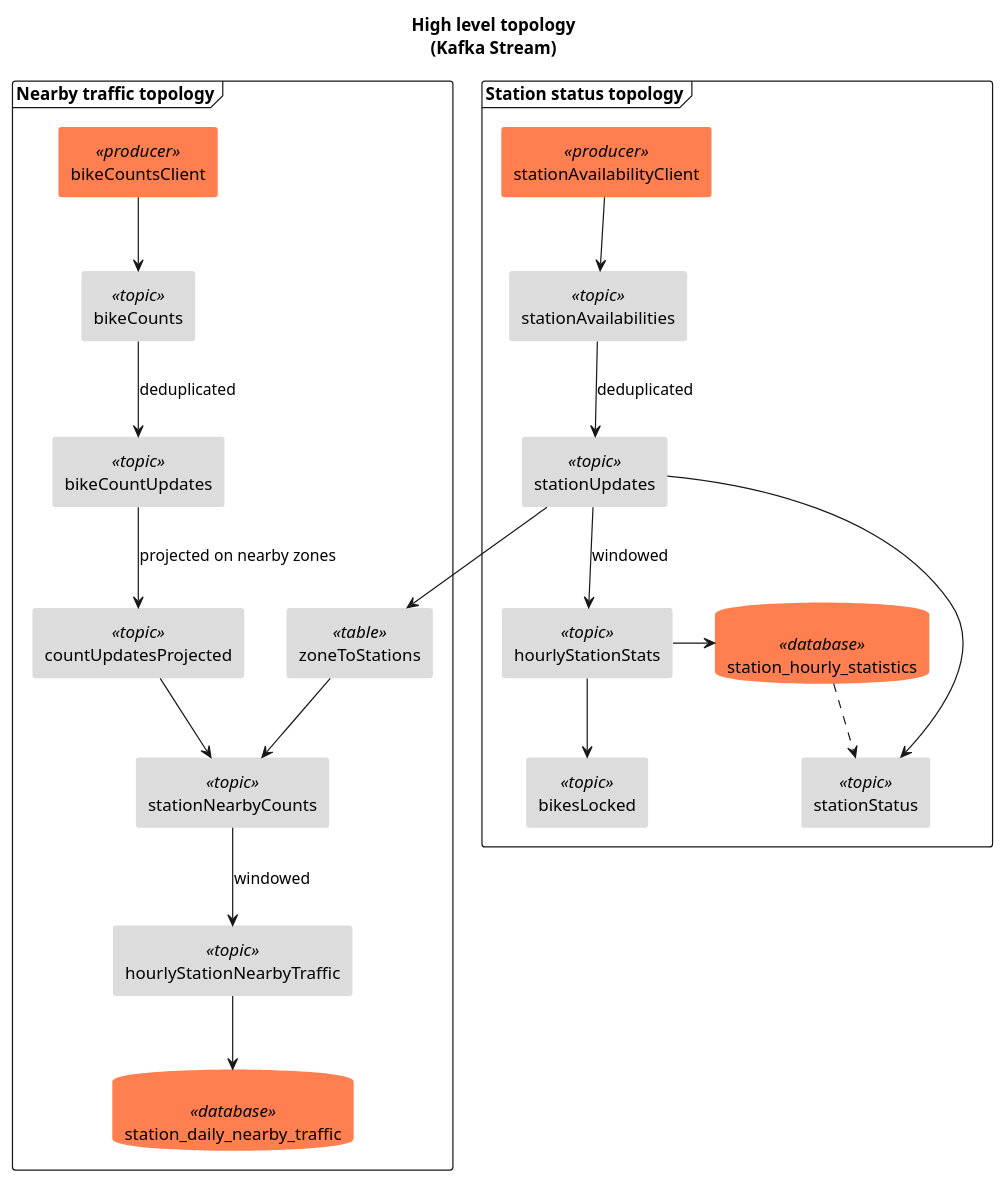
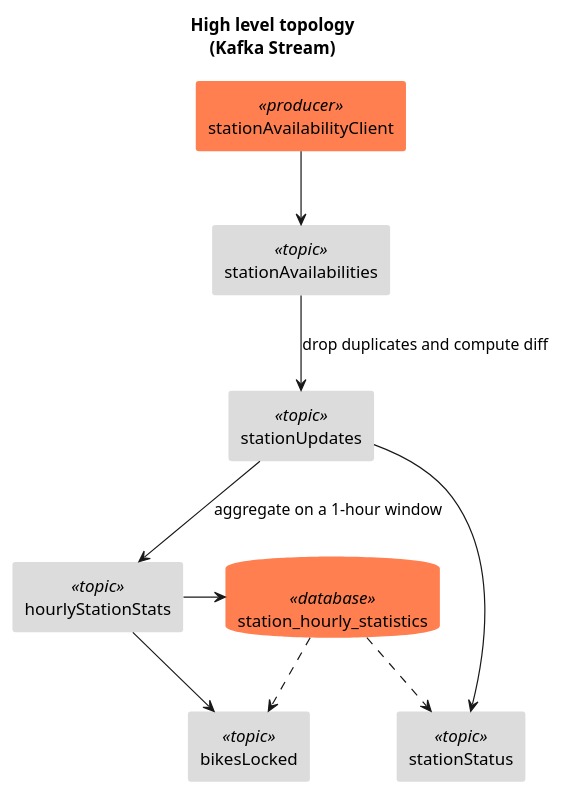
Before and after one commit to ouvreboite/velinfo_kafka_prototype: the diagram in docs/plantuml/high_level_topology.pu, drawn with PlantUML. The commit also changed 30 other files, not shown here.

First line of the commit message:
refactor: drop "bike count" feature

```diff
--- a/docs/plantuml/high_level_topology.pu
+++ b/docs/plantuml/high_level_topology.pu
@@ -1,68 +1,45 @@
 @startuml
 title
 <b>High level topology</b>
 (Kafka Stream)
 end title
 
+rectangle stationAvailabilityClient <<producer>>
+rectangle stationAvailabilities <<topic>>
+rectangle stationUpdates <<topic>>
+rectangle hourlyStationStats<<topic>>
+rectangle stationStatus <<topic>>
+rectangle bikesLocked <<topic>>
+database station_hourly_statistics <<database>>
 
-frame "Station status topology"{
-   rectangle stationAvailabilityClient <<producer>>
-   rectangle stationAvailabilities <<topic>>
-   rectangle stationUpdates <<topic>>
-   rectangle hourlyStationStats<<topic>>
-   rectangle stationStatus <<topic>>
-   rectangle bikesLocked <<topic>>
-   database station_hourly_statistics <<database>>
-}
 
 stationAvailabilityClient --> stationAvailabilities 
-stationAvailabilities --> stationUpdates : deduplicated
-stationUpdates --> hourlyStationStats : windowed
+stationAvailabilities --> stationUpdates : drop duplicates and compute diff
+stationUpdates --> hourlyStationStats : aggregate on a 1-hour window
 hourlyStationStats --> bikesLocked
 hourlyStationStats -> station_hourly_statistics
 stationUpdates --> stationStatus
 station_hourly_statistics ..> stationStatus
-
-frame "Nearby traffic topology"{
-   rectangle bikeCountsClient <<producer>>
-   rectangle bikeCounts <<topic>>
-   rectangle bikeCountUpdates <<topic>>
-   rectangle countUpdatesProjected<<topic>>
-   rectangle zoneToStations<<table>>
-   rectangle stationNearbyCounts <<topic>>
-   rectangle hourlyStationNearbyTraffic <<topic>>
-   database station_daily_nearby_traffic <<database>>
-}
-
-
-bikeCountsClient --> bikeCounts 
-bikeCounts --> bikeCountUpdates : deduplicated
-stationUpdates --> zoneToStations
-bikeCountUpdates --> countUpdatesProjected: projected on nearby zones
-zoneToStations--> stationNearbyCounts 
-countUpdatesProjected --> stationNearbyCounts 
-stationNearbyCounts --> hourlyStationNearbyTraffic : windowed
-hourlyStationNearbyTraffic --> station_daily_nearby_traffic
+station_hourly_statistics ..> bikesLocked
 
 skinparam rectangle{
     backgroundColor<<topic>> Gainsboro
     backgroundColor<<table>> Gainsboro
     backgroundColor<<producer>> Coral
     backgroundColor<<consumer>> Coral
     borderColor<<topic>> transparent
     borderColor<<table>> transparent
     borderColor<<producer>> transparent
     borderColor<<consumer>> transparent
 }
 
 skinparam database{ 
    backgroundColor<<database>> Coral
    borderColor transparent
 }
 
 skinparam{
    ArrowColor DeepSkyBlue
-   ArrowFontColor Coral
    shadowing false
 }
 @enduml
```
